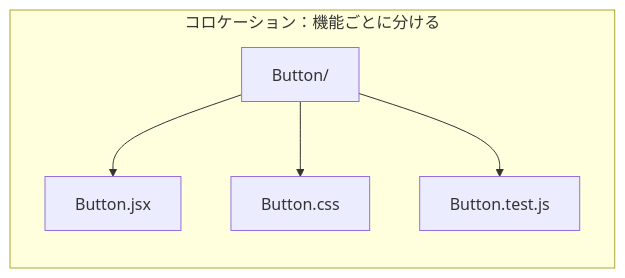
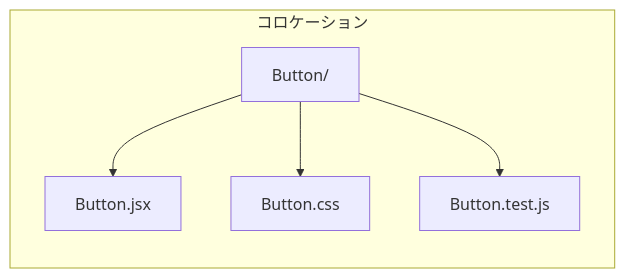
The fourth of 6 diagrams in 04-フロントエンド/01-コンポーネント設計.md (kou-tech/gut-familie-learn), drawn with Mermaid before and after one commit. The commit also changed other lines of this file, not shown here.

Commit message:
Change: コードの解説の表現を修正し、コロケーションのサブグラフ名を簡略化

````diff
--- a/04-フロントエンド/01-コンポーネント設計.md
+++ b/04-フロントエンド/01-コンポーネント設計.md
@@ -227,10 +227,10 @@
 ```mermaid
 graph TB
-    subgraph "コロケーション：機能ごとに分ける"
+    subgraph "コロケーション"
         direction TB
         BF[Button/]
         BF --> BJ[Button.jsx]
         BF --> BC[Button.css]
         BF --> BT[Button.test.js]
     end
 ```
````
